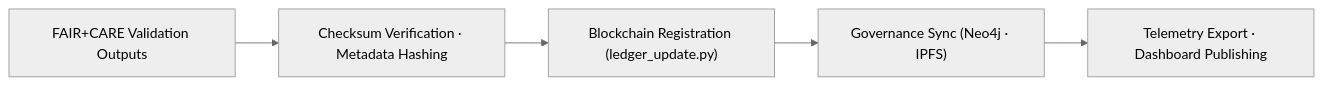
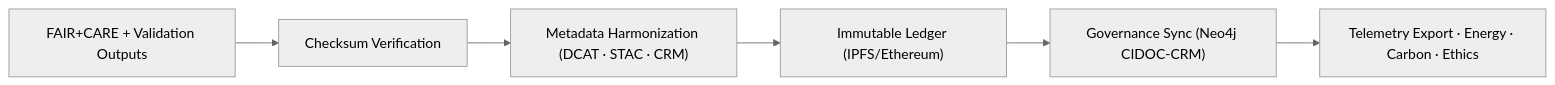
Before and after one commit to bartytime4life/Kansas-Frontier-Matrix: the diagram in src/pipelines/governance/README.md, drawn with Mermaid (neutral theme). The commit also changed other lines of this file, not shown here.

````diff
--- a/src/pipelines/governance/README.md
+++ b/src/pipelines/governance/README.md
@@ -67,7 +93,8 @@
 ```mermaid
 flowchart LR
-    A["FAIR+CARE Validation Outputs"] --> B["Checksum Verification · Metadata Hashing"]
-    B --> C["Blockchain Registration (ledger_update.py)"]
-    C --> D["Governance Sync (Neo4j · IPFS)"]
-    D --> E["Telemetry Export · Dashboard Publishing"]
+    A["FAIR+CARE + Validation Outputs"] --> B["Checksum Verification"]
+    B --> C["Metadata Harmonization (DCAT · STAC · CRM)"]
+    C --> D["Immutable Ledger (IPFS/Ethereum)"]
+    D --> E["Governance Sync (Neo4j CIDOC-CRM)"]
+    E --> F["Telemetry Export · Energy · Carbon · Ethics"]
 ```
````
